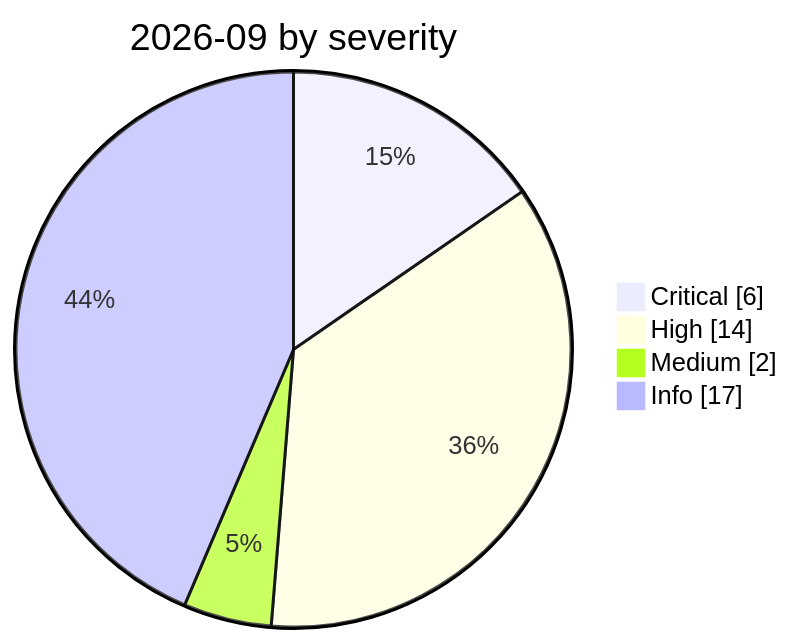
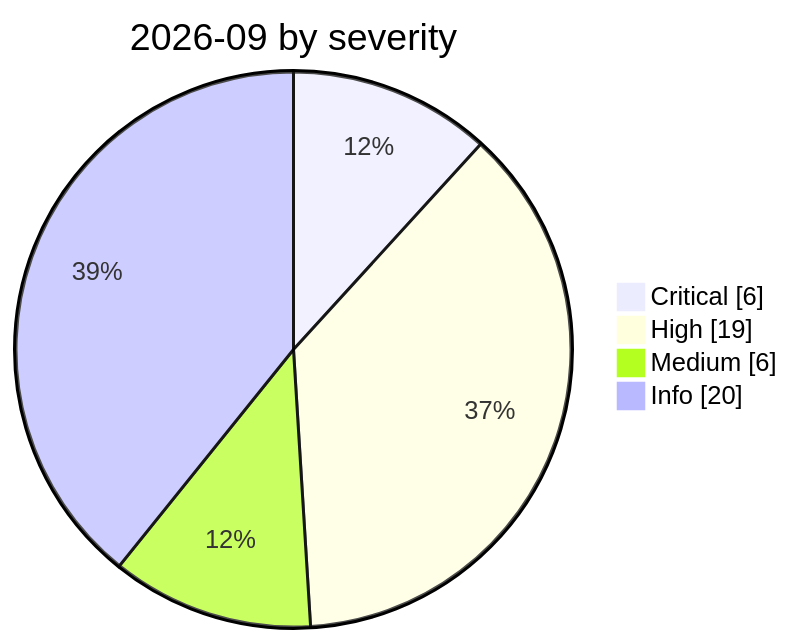
Before and after one commit to Continuum-AI-Corp/Orca-AI-Incident-Archive: the diagram in incidents/2026-09/README.md, drawn with Mermaid. The commit also changed other lines of this file and 64 other files, not shown here.

````diff
--- a/incidents/2026-09/README.md
+++ b/incidents/2026-09/README.md
@@ -8,8 +8,8 @@
 ```mermaid
 pie showData
     title 2026-09 by severity
     "Critical" : 6
-    "High" : 14
-    "Medium" : 2
-    "Info" : 17
+    "High" : 19
+    "Medium" : 6
+    "Info" : 20
 ```
````
